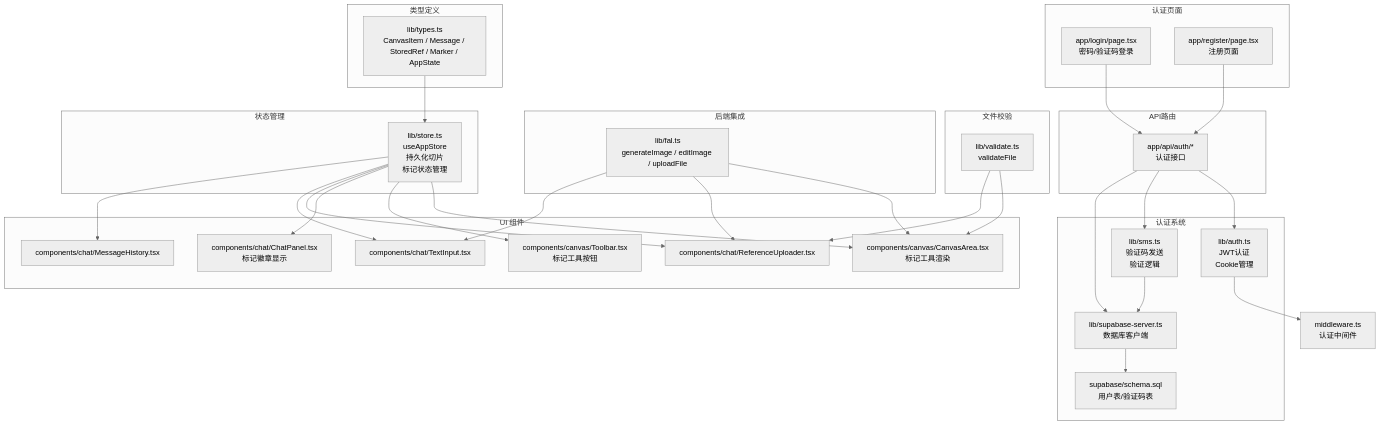
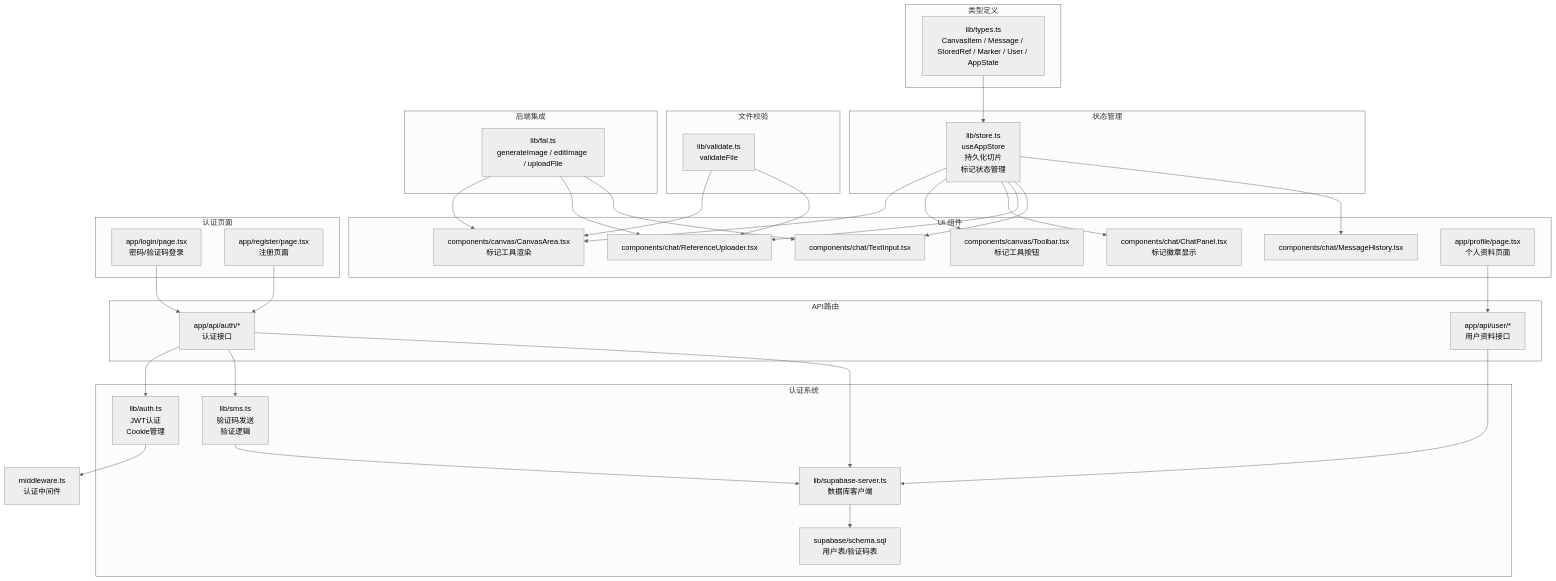
The first of 10 diagrams in .qoder/repowiki/zh/content/数据模型.md (billye220670/BananaFlow2), drawn with Mermaid (neutral theme) before and after one commit. The commit also changed other lines of this file and 19 other files, not shown here.

````diff
--- a/.qoder/repowiki/zh/content/数据模型.md
+++ b/.qoder/repowiki/zh/content/数据模型.md
@@ -78,57 +81,61 @@
 ```mermaid
 graph TB
 subgraph "认证系统"
 A1["lib/auth.ts<br/>JWT认证<br/>Cookie管理"]
 A2["lib/sms.ts<br/>验证码发送<br/>验证逻辑"]
 A3["lib/supabase-server.ts<br/>数据库客户端"]
 A4["supabase/schema.sql<br/>用户表/验证码表"]
 end
 subgraph "类型定义"
-T1["lib/types.ts<br/>CanvasItem / Message / StoredRef / Marker / AppState"]
+T1["lib/types.ts<br/>CanvasItem / Message / StoredRef / Marker / User / AppState"]
 end
 subgraph "状态管理"
 S1["lib/store.ts<br/>useAppStore<br/>持久化切片<br/>标记状态管理"]
 end
 subgraph "文件校验"
 V1["lib/validate.ts<br/>validateFile"]
 end
 subgraph "后端集成"
 F1["lib/fal.ts<br/>generateImage / editImage / uploadFile"]
 end
 subgraph "UI 组件"
 C1["components/canvas/CanvasArea.tsx<br/>标记工具渲染"]
 C2["components/canvas/Toolbar.tsx<br/>标记工具按钮"]
 C3["components/chat/ChatPanel.tsx<br/>标记徽章显示"]
 C4["components/chat/ReferenceUploader.tsx"]
 C5["components/chat/TextInput.tsx"]
 C6["components/chat/MessageHistory.tsx"]
+P1["app/profile/page.tsx<br/>个人资料页面"]
 end
 subgraph "认证页面"
-P1["app/login/page.tsx<br/>密码/验证码登录"]
-P2["app/register/page.tsx<br/>注册页面"]
+P2["app/login/page.tsx<br/>密码/验证码登录"]
+P3["app/register/page.tsx<br/>注册页面"]
 end
 subgraph "API路由"
 R1["app/api/auth/*<br/>认证接口"]
+R2["app/api/user/*<br/>用户资料接口"]
 end
 M1["middleware.ts<br/>认证中间件"]
 T1 --> S1
 S1 --> C1
 S1 --> C2
 S1 --> C3
 S1 --> C4
 S1 --> C5
 S1 --> C6
 V1 --> C1
 V1 --> C4
 F1 --> C1
 F1 --> C4
 F1 --> C5
-P1 --> R1
 P2 --> R1
+P3 --> R1
+P1 --> R2
 R1 --> A1
 R1 --> A2
 R1 --> A3
+R2 --> A3
 A1 --> M1
 A2 --> A3
 A3 --> A4
 ```
````
